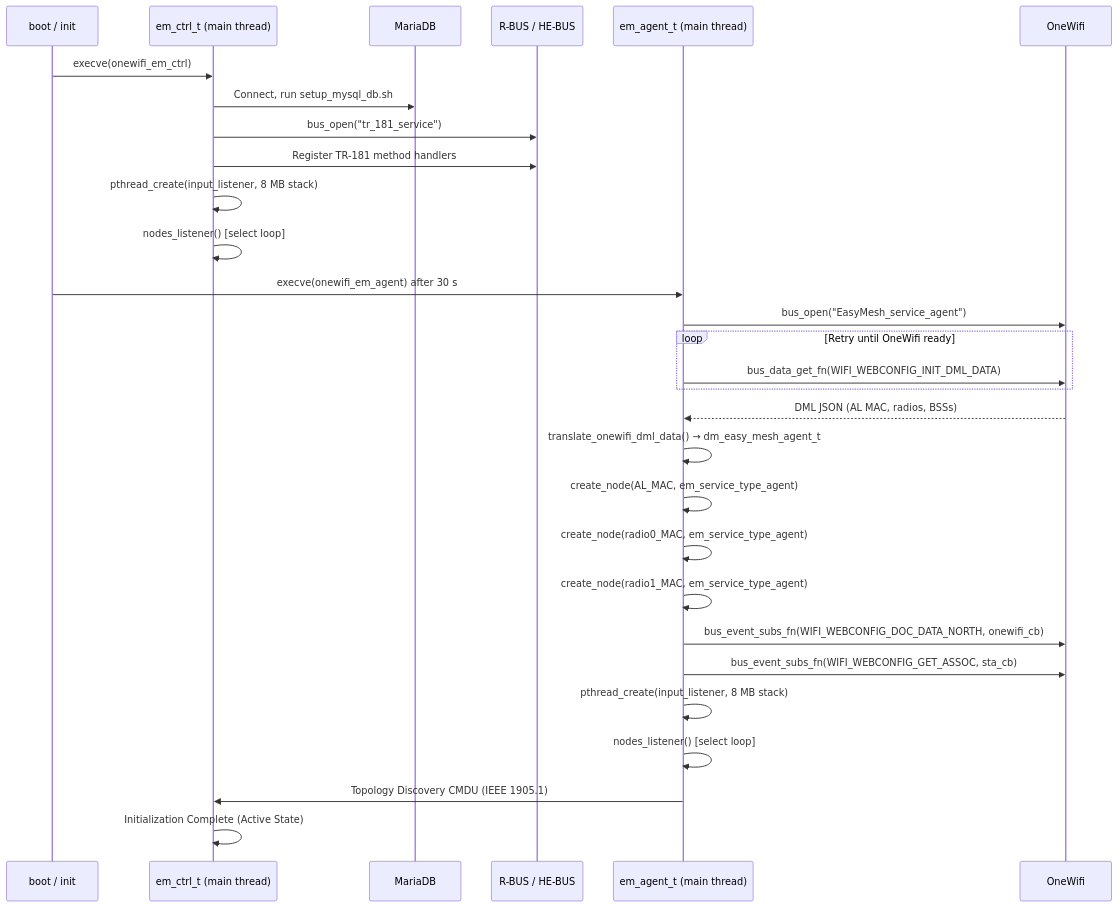
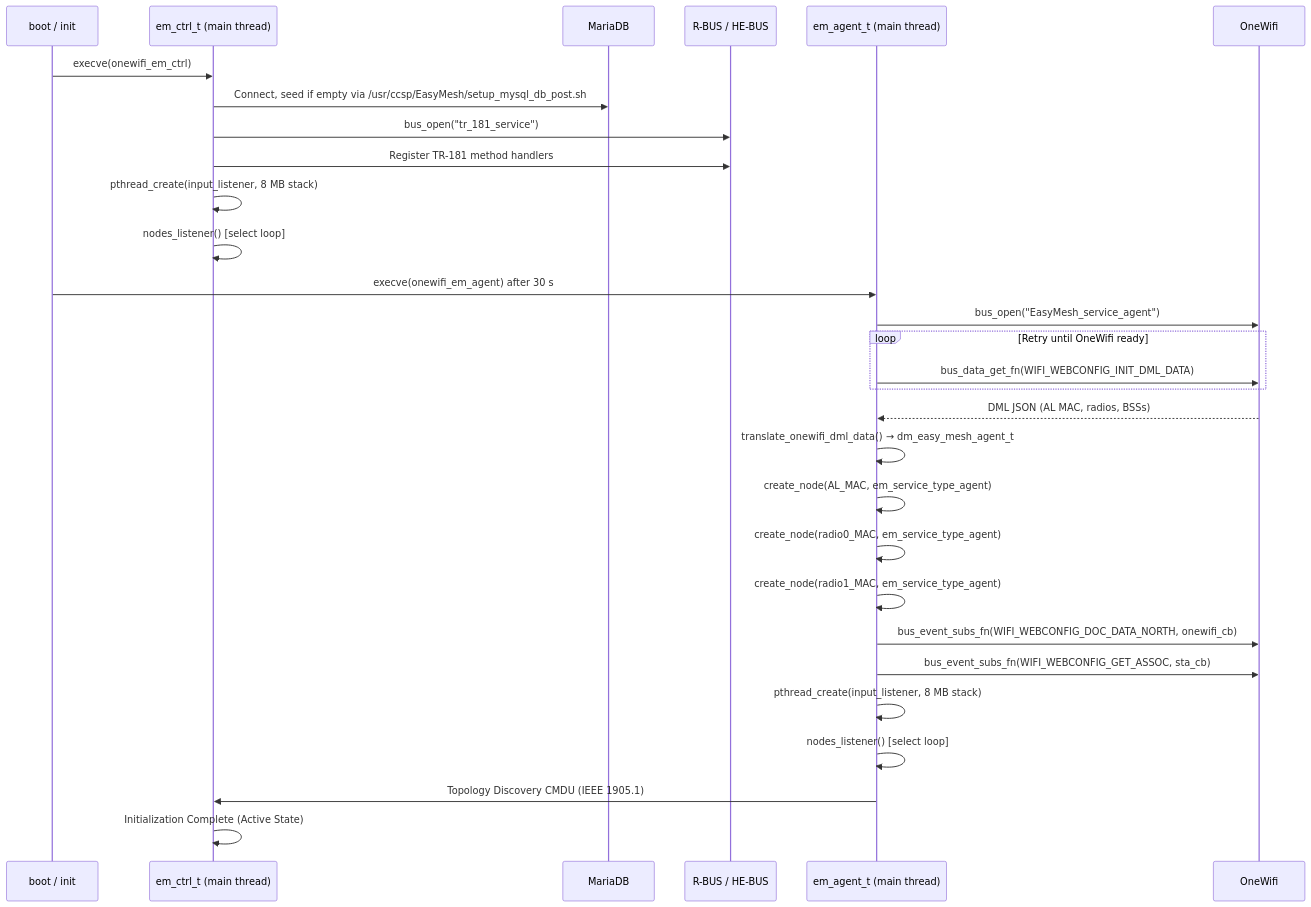
The fourth of 8 diagrams in README.md (rdkcentral/unified-wifi-mesh), drawn with Mermaid before and after one commit. The commit also changed other lines of this file, not shown here.

````diff
--- a/README.md
+++ b/README.md
@@ -253,33 +253,33 @@
 ```mermaid
 sequenceDiagram
     participant Boot as boot / init
     participant Ctrl as em_ctrl_t (main thread)
     participant DB as MariaDB
     participant Bus as R-BUS / HE-BUS
     participant Agent as em_agent_t (main thread)
     participant OW as OneWifi
 
     Boot->>Ctrl: execve(onewifi_em_ctrl)
-    Ctrl->>DB: Connect, run setup_mysql_db.sh
+    Ctrl->>DB: Connect, seed if empty via /usr/ccsp/EasyMesh/setup_mysql_db_post.sh
     Ctrl->>Bus: bus_open("tr_181_service")
     Ctrl->>Bus: Register TR-181 method handlers
     Ctrl->>Ctrl: pthread_create(input_listener, 8 MB stack)
     Ctrl->>Ctrl: nodes_listener() [select loop]
 
     Boot->>Agent: execve(onewifi_em_agent) after 30 s
     Agent->>OW: bus_open("EasyMesh_service_agent")
     loop Retry until OneWifi ready
         Agent->>OW: bus_data_get_fn(WIFI_WEBCONFIG_INIT_DML_DATA)
     end
     OW-->>Agent: DML JSON (AL MAC, radios, BSSs)
     Agent->>Agent: translate_onewifi_dml_data() → dm_easy_mesh_agent_t
     Agent->>Agent: create_node(AL_MAC, em_service_type_agent)
     Agent->>Agent: create_node(radio0_MAC, em_service_type_agent)
     Agent->>Agent: create_node(radio1_MAC, em_service_type_agent)
     Agent->>OW: bus_event_subs_fn(WIFI_WEBCONFIG_DOC_DATA_NORTH, onewifi_cb)
     Agent->>OW: bus_event_subs_fn(WIFI_WEBCONFIG_GET_ASSOC, sta_cb)
     Agent->>Agent: pthread_create(input_listener, 8 MB stack)
     Agent->>Agent: nodes_listener() [select loop]
     Agent->>Ctrl: Topology Discovery CMDU (IEEE 1905.1)
     Ctrl->>Ctrl: Initialization Complete (Active State)
 ```
````
